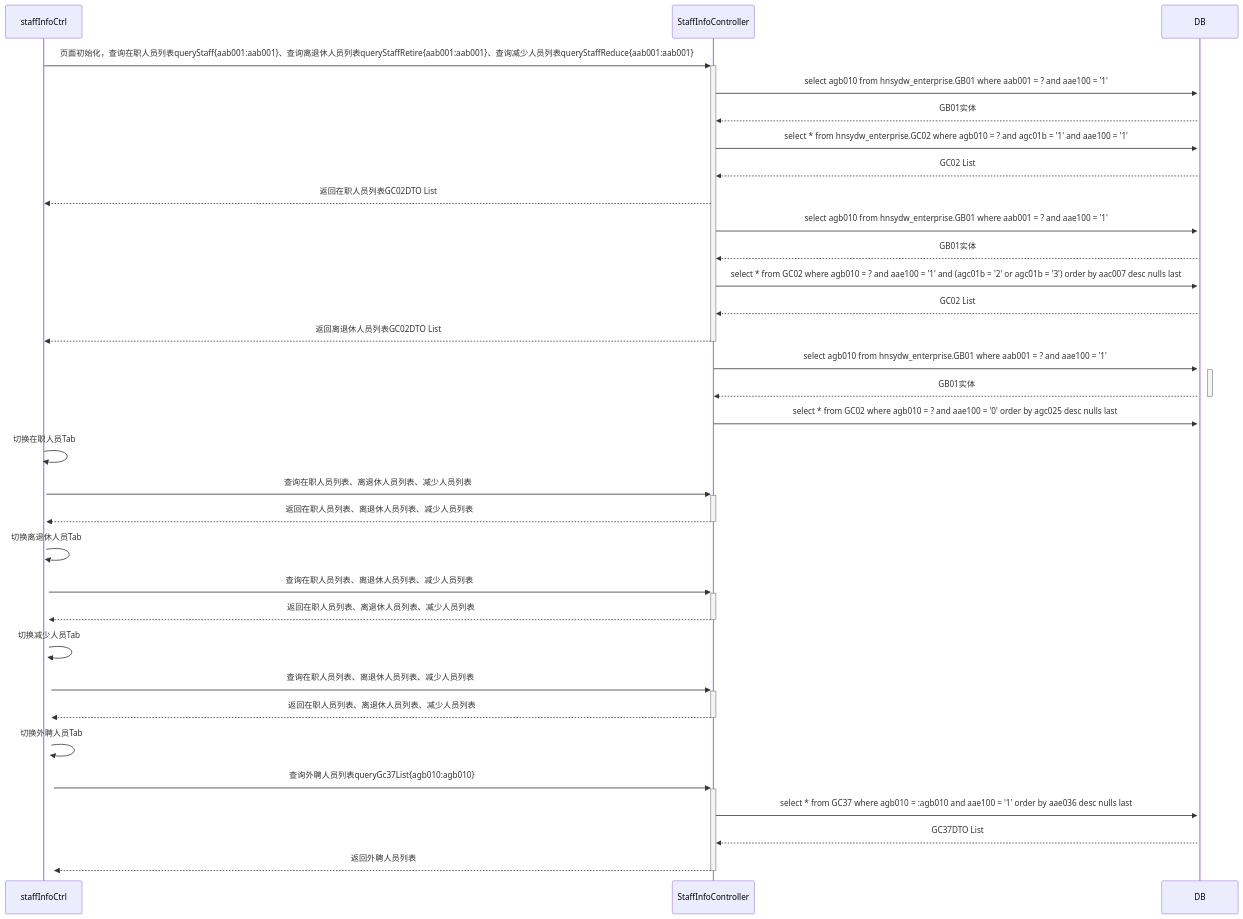
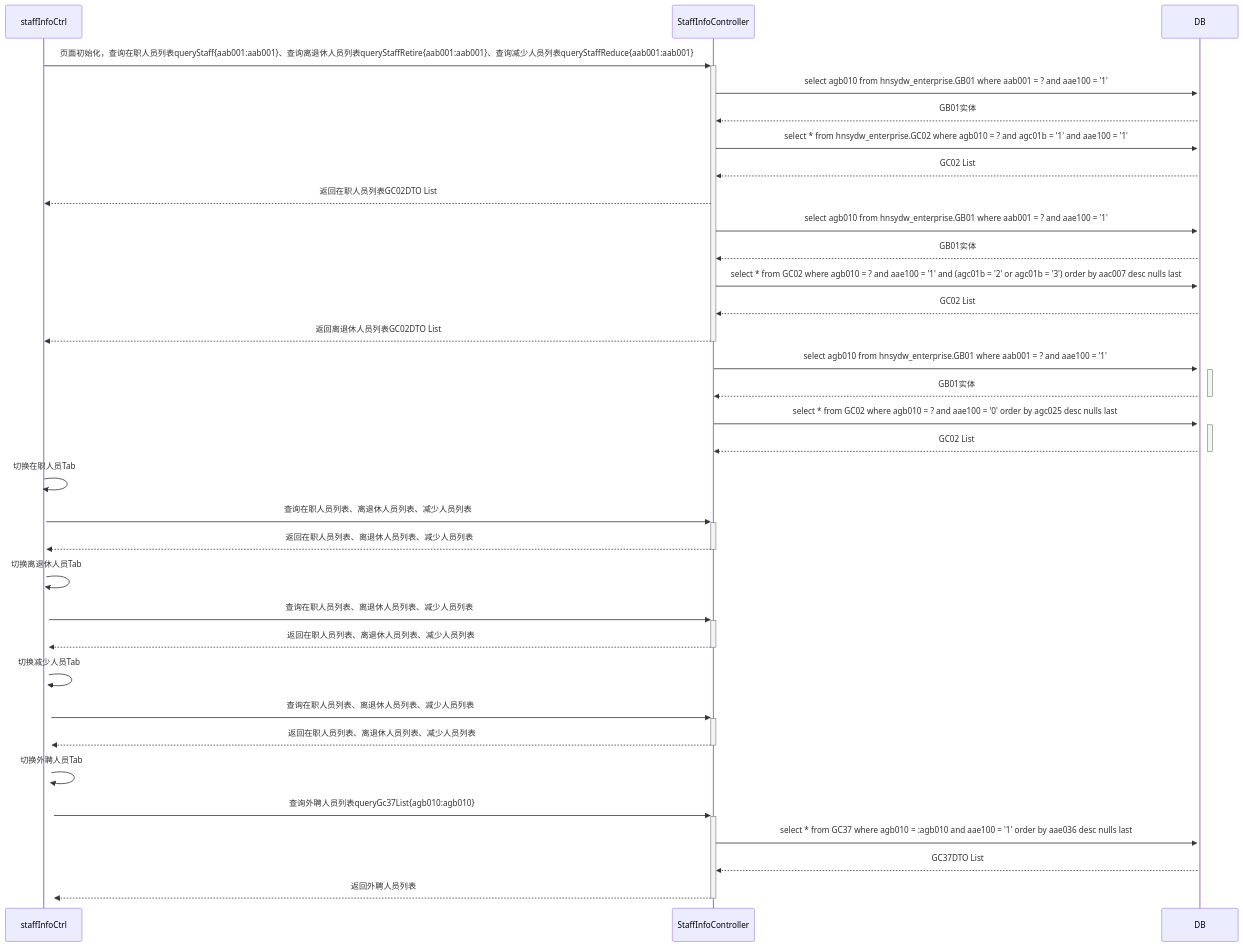
One commit to ZhangJianBeiJing/iodraw-files changed the diagram in all/人员基本信息初始化页面多Tab调用业务流程.md. Above: the diagram before and after it, drawn with Mermaid.

Commit message:
2025-03-25 10:56:38 update

````diff
--- a/all/人员基本信息初始化页面多Tab调用业务流程.md
+++ b/all/人员基本信息初始化页面多Tab调用业务流程.md
@@ -1,37 +1,37 @@
 ```mermaid
 sequenceDiagram
     staffInfoCtrl->>+StaffInfoController: 页面初始化，查询在职人员列表queryStaff{aab001:aab001}、查询离退休人员列表queryStaffRetire{aab001:aab001}、查询减少人员列表queryStaffReduce{aab001:aab001}
     
     StaffInfoController->>+DB:select agb010 from hnsydw_enterprise.GB01 where aab001 = ? and aae100 = '1'
     DB-->>StaffInfoController:GB01实体
     StaffInfoController->>+DB:select * from hnsydw_enterprise.GC02 where agb010 = ? and agc01b = '1' and aae100 = '1'
     DB-->>StaffInfoController:GC02 List
     StaffInfoController-->>staffInfoCtrl:返回在职人员列表GC02DTO List
     
     StaffInfoController->>+DB:select agb010 from hnsydw_enterprise.GB01 where aab001 = ? and aae100 = '1'
     DB-->>StaffInfoController:GB01实体
     StaffInfoController->>+DB:select * from GC02 where agb010 = ? and aae100 = '1' and (agc01b = '2' or agc01b = '3') order by aac007 desc nulls last 
     DB-->>StaffInfoController:GC02 List
     StaffInfoController-->>-staffInfoCtrl:返回离退休人员列表GC02DTO List
 
     StaffInfoController->>+DB:select agb010 from hnsydw_enterprise.GB01 where aab001 = ? and aae100 = '1'
     DB-->>-StaffInfoController:GB01实体
     StaffInfoController->>+DB:select * from GC02 where agb010 = ? and aae100 = '0' order by agc025 desc nulls last 
-    %% DB-->>-StaffInfoController:GC02 List
-    %% StaffInfoController-->>-staffInfoCtrl:返回减少人员列表GC02DTO List
+    DB-->>-StaffInfoController:GC02 List
+    %%StaffInfoController-->>-staffInfoCtrl:返回减少人员列表GC02DTO List
 
     staffInfoCtrl->>+staffInfoCtrl:切换在职人员Tab
     staffInfoCtrl->>+StaffInfoController:查询在职人员列表、离退休人员列表、减少人员列表
     StaffInfoController-->>-staffInfoCtrl:返回在职人员列表、离退休人员列表、减少人员列表
     staffInfoCtrl->>+staffInfoCtrl:切换离退休人员Tab
     staffInfoCtrl->>+StaffInfoController:查询在职人员列表、离退休人员列表、减少人员列表
     StaffInfoController-->>-staffInfoCtrl:返回在职人员列表、离退休人员列表、减少人员列表
     staffInfoCtrl->>+staffInfoCtrl:切换减少人员Tab
     staffInfoCtrl->>+StaffInfoController:查询在职人员列表、离退休人员列表、减少人员列表
     StaffInfoController-->>-staffInfoCtrl:返回在职人员列表、离退休人员列表、减少人员列表
     staffInfoCtrl->>+staffInfoCtrl:切换外聘人员Tab
     staffInfoCtrl->>+StaffInfoController:查询外聘人员列表queryGc37List{agb010:agb010}
     StaffInfoController->>+DB:select * from GC37 where agb010 = :agb010 and aae100 = '1' order by aae036 desc nulls last
     DB-->>StaffInfoController:GC37DTO List 
     StaffInfoController-->>-staffInfoCtrl:返回外聘人员列表
 ```
````
